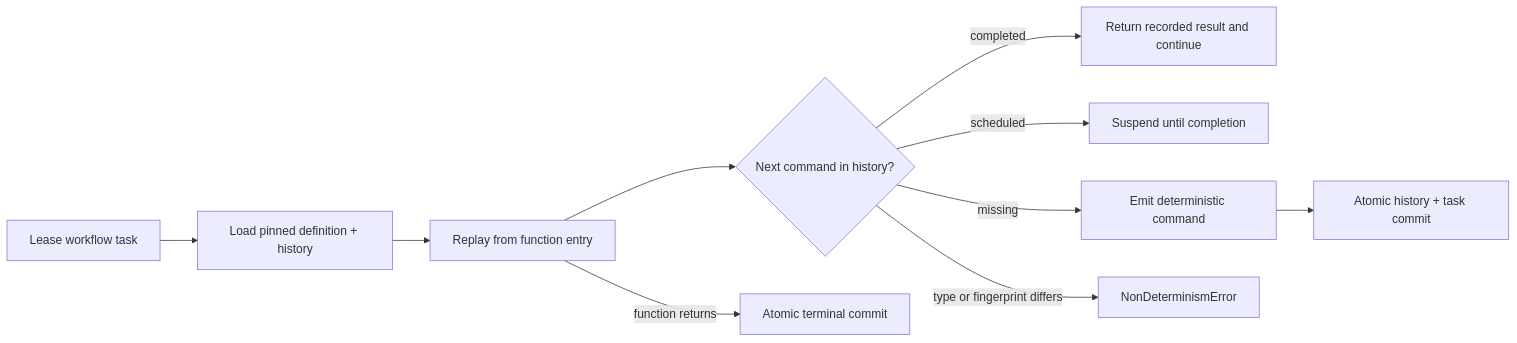
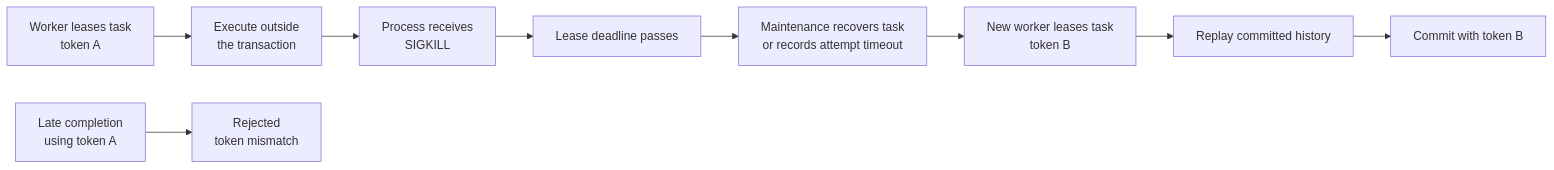
The third of 3 diagrams in README.md (santinomarial/Durable-Workflow-Engine), drawn with Mermaid before and after one commit. The commit also changed other lines of this file and 1 other file, not shown here.

````diff
--- a/README.md
+++ b/README.md
@@ -129,12 +232,11 @@
 ```mermaid
 flowchart LR
-    A["Lease workflow task"] --> B["Load pinned definition + history"]
-    B --> C["Replay from function entry"]
-    C --> D{"Next command in history?"}
-    D -->|"completed"| E["Return recorded result and continue"]
-    D -->|"scheduled"| F["Suspend until completion"]
-    D -->|"missing"| G["Emit deterministic command"]
-    D -->|"type or fingerprint differs"| H["NonDeterminismError"]
-    G --> I["Atomic history + task commit"]
-    C -->|"function returns"| J["Atomic terminal commit"]
+    Lease["Worker leases task<br/>token A"] --> Execute["Execute outside<br/>the transaction"]
+    Execute --> Crash["Process receives<br/>SIGKILL"]
+    Crash --> Expire["Lease deadline passes"]
+    Expire --> Recover["Maintenance recovers task<br/>or records attempt timeout"]
+    Recover --> Reassign["New worker leases task<br/>token B"]
+    Reassign --> Replay["Replay committed history"]
+    Replay --> Commit["Commit with token B"]
+    Late["Late completion<br/>using token A"] --> Reject["Rejected<br/>token mismatch"]
 ```
````
